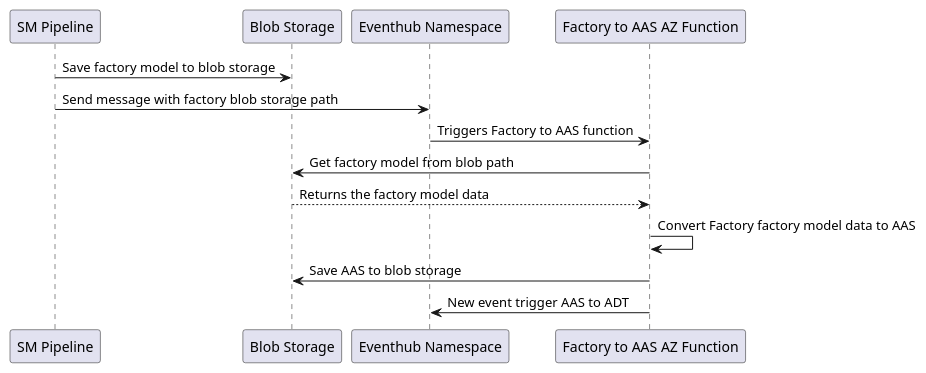
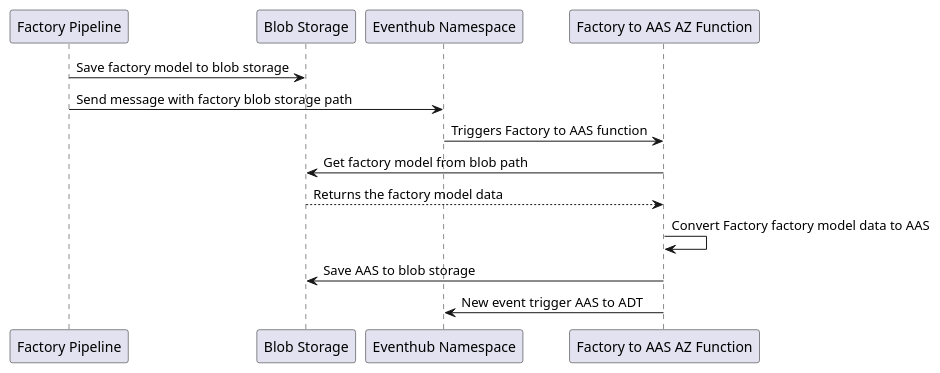
The diagram in docs/assets/plantuml/src/factory_to_aas_function_model_flow.puml (Azure-Samples/aas-digital-factory), drawn with PlantUML before and after one commit. The commit also changed 1 other file, not shown here.

```diff
--- a/docs/assets/plantuml/src/factory_to_aas_function_model_flow.puml
+++ b/docs/assets/plantuml/src/factory_to_aas_function_model_flow.puml
@@ -1,10 +1,10 @@
 @startuml
-"SM Pipeline" -> "Blob Storage": Save factory model to blob storage
-"SM Pipeline" -> "Eventhub Namespace": Send message with factory blob storage path
+"Factory Pipeline" -> "Blob Storage": Save factory model to blob storage
+"Factory Pipeline" -> "Eventhub Namespace": Send message with factory blob storage path
 "Eventhub Namespace" -> "Factory to AAS AZ Function": Triggers Factory to AAS function
 "Factory to AAS AZ Function" -> "Blob Storage": Get factory model from blob path
 "Blob Storage" --> "Factory to AAS AZ Function": Returns the factory model data
 "Factory to AAS AZ Function" -> "Factory to AAS AZ Function": Convert Factory factory model data to AAS
 "Factory to AAS AZ Function" -> "Blob Storage": Save AAS to blob storage
 "Factory to AAS AZ Function" -> "Eventhub Namespace": New event trigger AAS to ADT
 @enduml
```
